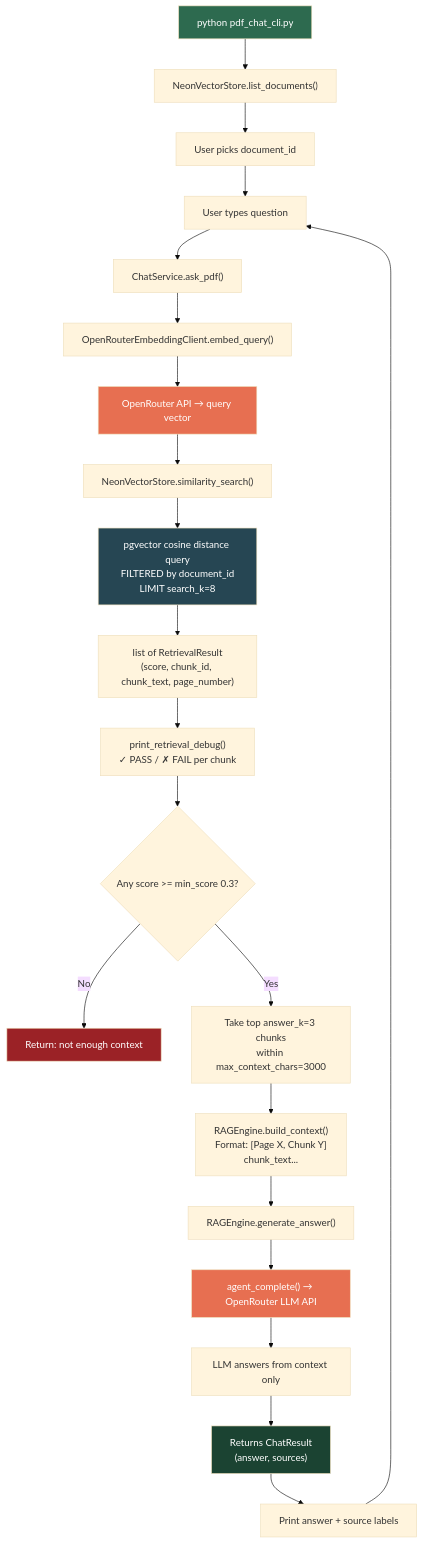
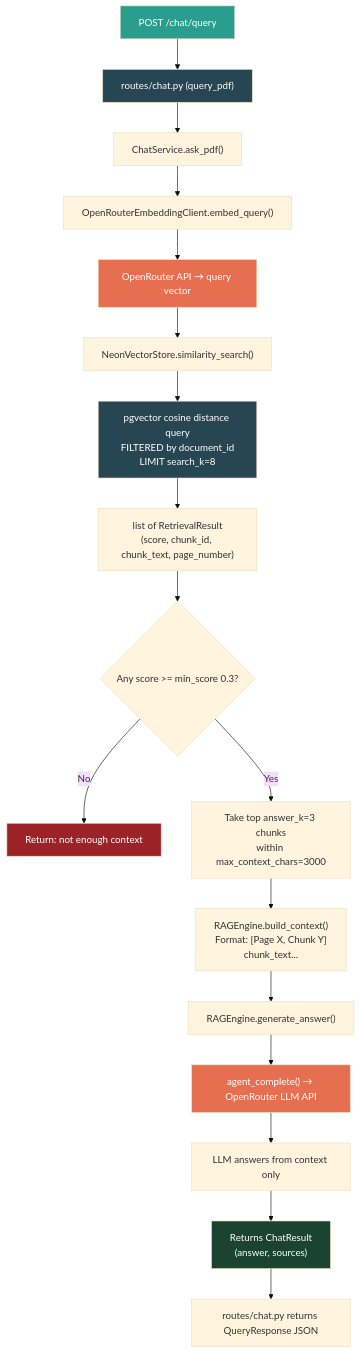
Before and after one commit to hasnatsakil/agentic-rag-service: the second of 6 diagrams in docs/project_flow.md, drawn with Mermaid (base theme). The commit also changed other lines of this file and 1 other file, not shown here.

Commit message:
docs: Update flow diagrams in README.md and project_flow.md to reflect API-first structure

````diff
--- a/docs/project_flow.md
+++ b/docs/project_flow.md
@@ -44,38 +46,33 @@
 ```mermaid
 flowchart TD
-    A["python pdf_chat_cli.py"] --> B["NeonVectorStore.list_documents()"]
-    B --> C["User picks document_id"]
-    C --> D["User types question"]
+    A["POST /chat/query"] --> B["routes/chat.py (query_pdf)"]
+    B --> C["ChatService.ask_pdf()"]
     
-    D --> E["ChatService.ask_pdf()"]
+    C --> D["OpenRouterEmbeddingClient.embed_query()"]
+    D --> D1["OpenRouter API → query vector"]
     
-    E --> F["OpenRouterEmbeddingClient.embed_query()"]
-    F --> F1["OpenRouter API → query vector"]
+    D1 --> E["NeonVectorStore.similarity_search()"]
+    E --> E1["pgvector cosine distance query\nFILTERED by document_id\nLIMIT search_k=8"]
+    E1 --> E2["list of RetrievalResult\n(score, chunk_id, chunk_text, page_number)"]
     
-    F1 --> G["NeonVectorStore.similarity_search()"]
-    G --> G1["pgvector cosine distance query\nFILTERED by document_id\nLIMIT search_k=8"]
-    G1 --> G2["list of RetrievalResult\n(score, chunk_id, chunk_text, page_number)"]
+    E2 --> F{"Any score >= min_score 0.3?"}
+    F -- No --> F1["Return: not enough context"]
+    F -- Yes --> G["Take top answer_k=3 chunks\nwithin max_context_chars=3000"]
     
-    G2 --> H["print_retrieval_debug()\n✓ PASS / ✗ FAIL per chunk"]
+    G --> H["RAGEngine.build_context()\nFormat: [Page X, Chunk Y]\nchunk_text..."]
     
-    H --> I{"Any score >= min_score 0.3?"}
-    I -- No --> I1["Return: not enough context"]
-    I -- Yes --> J["Take top answer_k=3 chunks\nwithin max_context_chars=3000"]
+    H --> I["RAGEngine.generate_answer()"]
+    I --> I1["agent_complete() → OpenRouter LLM API"]
+    I1 --> I2["LLM answers from context only"]
     
-    J --> K["RAGEngine.build_context()\nFormat: [Page X, Chunk Y]\nchunk_text..."]
-    
-    K --> L["RAGEngine.generate_answer()"]
-    L --> L1["agent_complete() → OpenRouter LLM API"]
-    L1 --> L2["LLM answers from context only"]
-    
-    L2 --> M["Returns ChatResult\n(answer, sources)"]
-    M --> N["Print answer + source labels"]
-    N --> D
+    I2 --> J["Returns ChatResult\n(answer, sources)"]
+    J --> K["routes/chat.py returns QueryResponse JSON"]
 
-    style A fill:#2d6a4f,color:#fff
-    style I1 fill:#9b2226,color:#fff
-    style F1 fill:#e76f51,color:#fff
-    style G1 fill:#264653,color:#fff
-    style L1 fill:#e76f51,color:#fff
-    style M fill:#1b4332,color:#fff
+    style A fill:#2a9d8f,color:#fff
+    style B fill:#264653,color:#fff
+    style F1 fill:#9b2226,color:#fff
+    style D1 fill:#e76f51,color:#fff
+    style E1 fill:#264653,color:#fff
+    style I1 fill:#e76f51,color:#fff
+    style J fill:#1b4332,color:#fff
 ```
````
